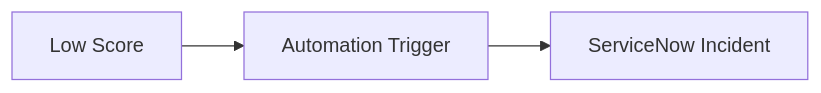
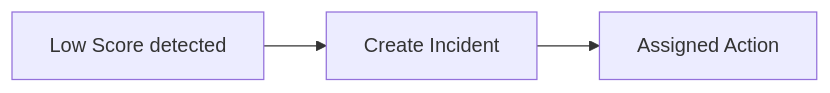
Before and after one commit to Devopstrio/identity-security-scorecard: diagram 22 of 30 in README.md, drawn with Mermaid. The commit also changed other lines of this file, not shown here.

Commit message:
docs: finalize premium institutional-grade README with 30+ diagrams and executive summary

````diff
--- a/README.md
+++ b/README.md
@@ -284,5 +281,5 @@
 ```mermaid
 graph LR
-    Score[Low Score] --> Trigger[Automation Trigger]
-    Trigger --> SNOW[ServiceNow Incident]
+    Gap[Low Score detected] --> SNOW[Create Incident]
+    SNOW --> Remediation[Assigned Action]
 ```
````
